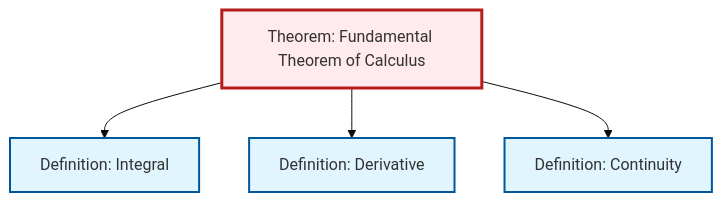
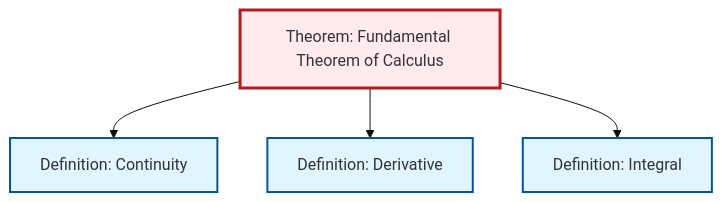
Before and after one commit to RK0429/ModernMath: the diagram in content/ja/analysis/thm-fundamental-calculus.qmd, drawn with Mermaid (base theme). The commit also changed other lines of this file and 619 other files, not shown here.

````diff
--- a/content/ja/analysis/thm-fundamental-calculus.qmd
+++ b/content/ja/analysis/thm-fundamental-calculus.qmd
@@ -142,20 +142,20 @@
 ```{mermaid}
 %%| fig-cap: "Local dependency graph"
 graph TD
     classDef definition fill:#e1f5fe,stroke:#01579b,stroke-width:2px
     classDef theorem fill:#f3e5f5,stroke:#4a148c,stroke-width:2px
     classDef axiom fill:#fff3e0,stroke:#e65100,stroke-width:2px
     classDef example fill:#e8f5e9,stroke:#1b5e20,stroke-width:2px
     classDef current fill:#ffebee,stroke:#b71c1c,stroke-width:3px
+    def-continuity["Definition: Continuity"]:::definition
+    def-integral["Definition: Integral"]:::definition
     thm-fundamental-calculus["Theorem: Fundamental Theorem of Calculus"]:::theorem
     def-derivative["Definition: Derivative"]:::definition
-    def-continuity["Definition: Continuity"]:::definition
-    def-integral["Definition: Integral"]:::definition
+    thm-fundamental-calculus --> def-continuity
+    thm-fundamental-calculus --> def-derivative
     thm-fundamental-calculus --> def-integral
-    thm-fundamental-calculus --> def-derivative
-    thm-fundamental-calculus --> def-continuity
     class thm-fundamental-calculus current
-    click def-derivative "def-derivative.html" "Definition: Derivativeへ"
     click def-continuity "def-continuity.html" "Definition: Continuityへ"
     click def-integral "def-integral.html" "Definition: Integralへ"
+    click def-derivative "def-derivative.html" "Definition: Derivativeへ"
 ```
````
